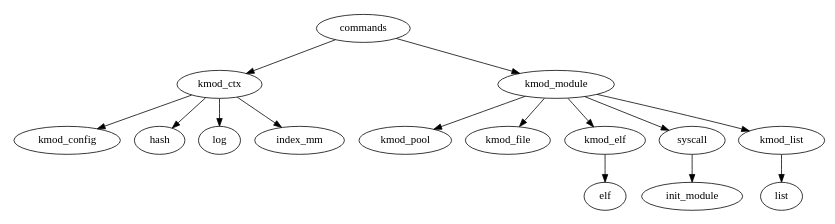
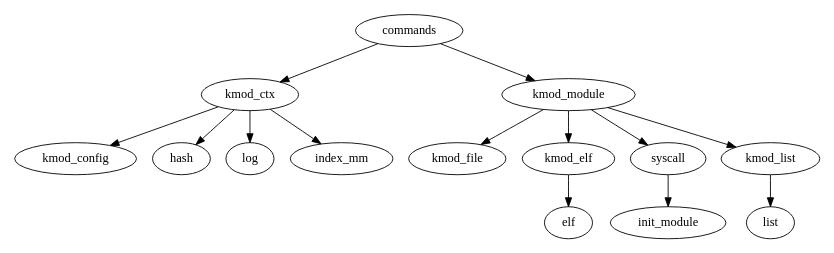
One commit to limingth/comment-subs changed the diagram in pdf/figures/sys.dot. Above: the diagram before and after it, drawn with Graphviz. The commit also changed 28 other files, not shown here.

```diff
--- a/pdf/figures/sys.dot
+++ b/pdf/figures/sys.dot
@@ -1,25 +1,24 @@
 digraph G {
 
 	size="8, 8";  
 
 	commands -> kmod_ctx;
 	commands -> kmod_module;
 
 	kmod_ctx -> kmod_config;
 	kmod_ctx -> hash;
 	kmod_ctx -> log;
 	kmod_ctx -> index_mm;
 
-	kmod_module -> kmod_pool;
 	kmod_module -> kmod_file;
 	kmod_module -> kmod_elf;
 	kmod_module -> syscall;
 
 	syscall -> init_module;
 
 	kmod_module -> kmod_list;
 
 	kmod_elf -> elf;
 	kmod_list -> list;
 
 }
```
